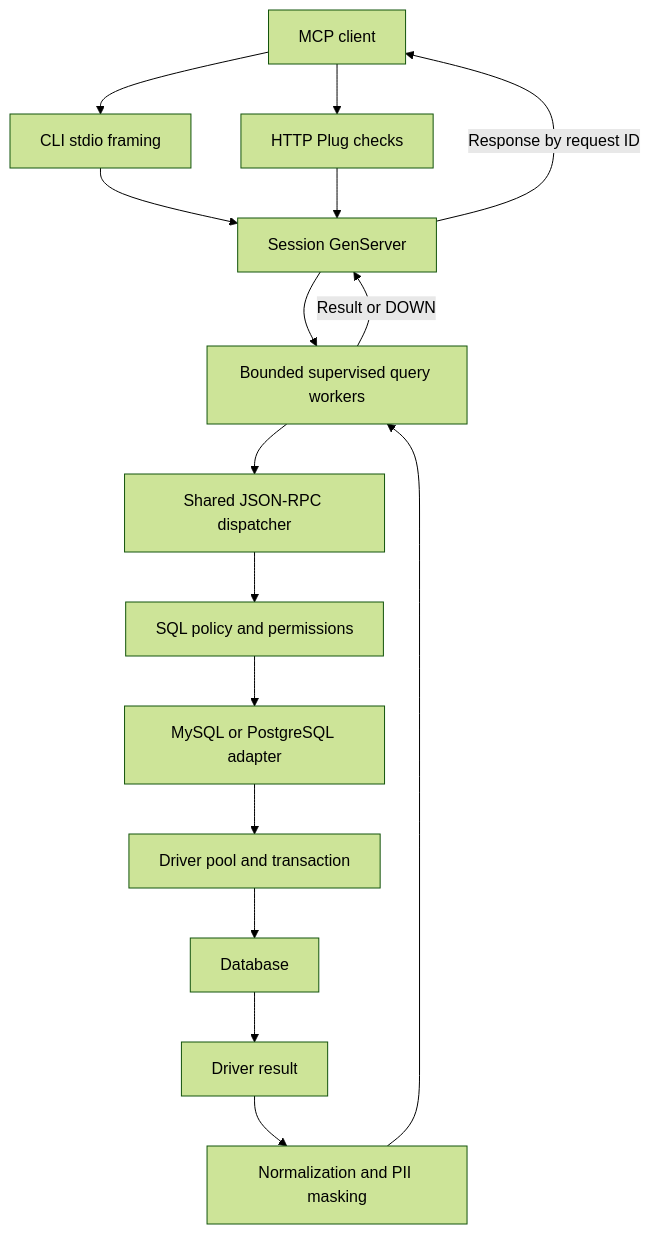
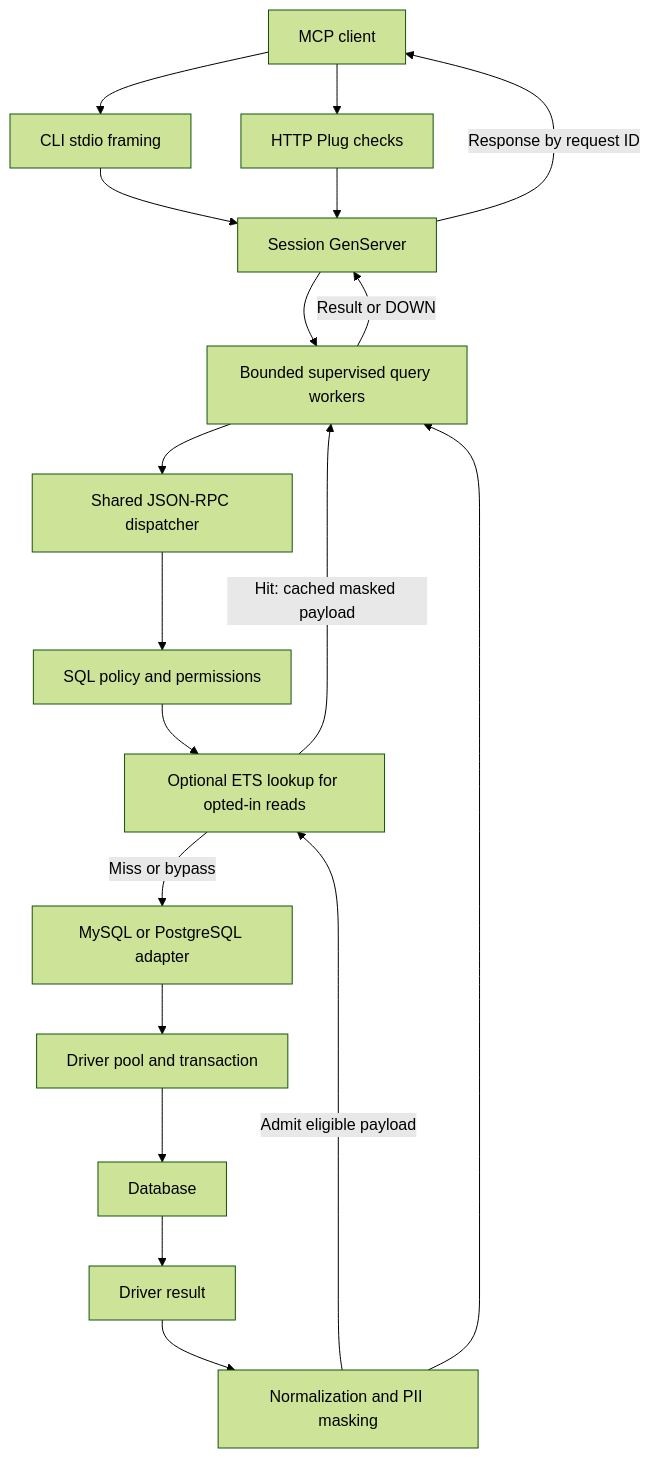
The diagram in docs/DEVELOPER-GUIDE.md (mpakus/mcp-server-db), drawn with Mermaid (forest theme) before and after one commit. The commit also changed other lines of this file and 36 other files, not shown here.

Commit message:
feat: cache in ETS with TTL

````diff
--- a/docs/DEVELOPER-GUIDE.md
+++ b/docs/DEVELOPER-GUIDE.md
@@ -39,18 +40,21 @@
 ```mermaid
 flowchart TD
   Client["MCP client"] --> Stdio["CLI stdio framing"]
   Client --> Http["HTTP Plug checks"]
   Stdio --> Session["Session GenServer"]
   Http --> Session
   Session --> Worker["Bounded supervised query workers"]
   Worker --> Server["Shared JSON-RPC dispatcher"]
   Worker -->|"Result or DOWN"| Session
   Server --> Policy["SQL policy and permissions"]
-  Policy --> Adapter["MySQL or PostgreSQL adapter"]
+  Policy --> Cache["Optional ETS lookup for opted-in reads"]
+  Cache -->|"Miss or bypass"| Adapter["MySQL or PostgreSQL adapter"]
+  Cache -->|"Hit: cached masked payload"| Worker
   Adapter --> Pool["Driver pool and transaction"]
   Pool --> Database["Database"]
   Database --> Result["Driver result"]
   Result --> Redact["Normalization and PII masking"]
+  Redact -->|"Admit eligible payload"| Cache
   Redact --> Worker
   Session -->|"Response by request ID"| Client
 ```
````
